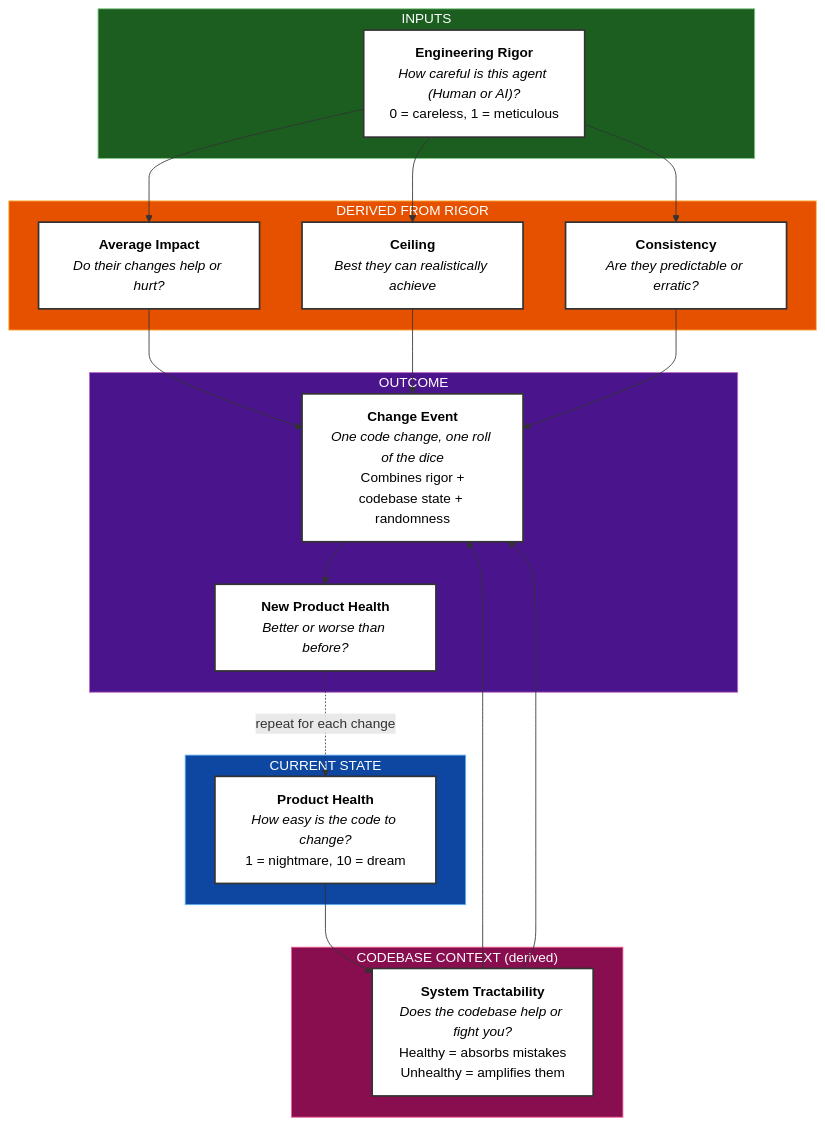
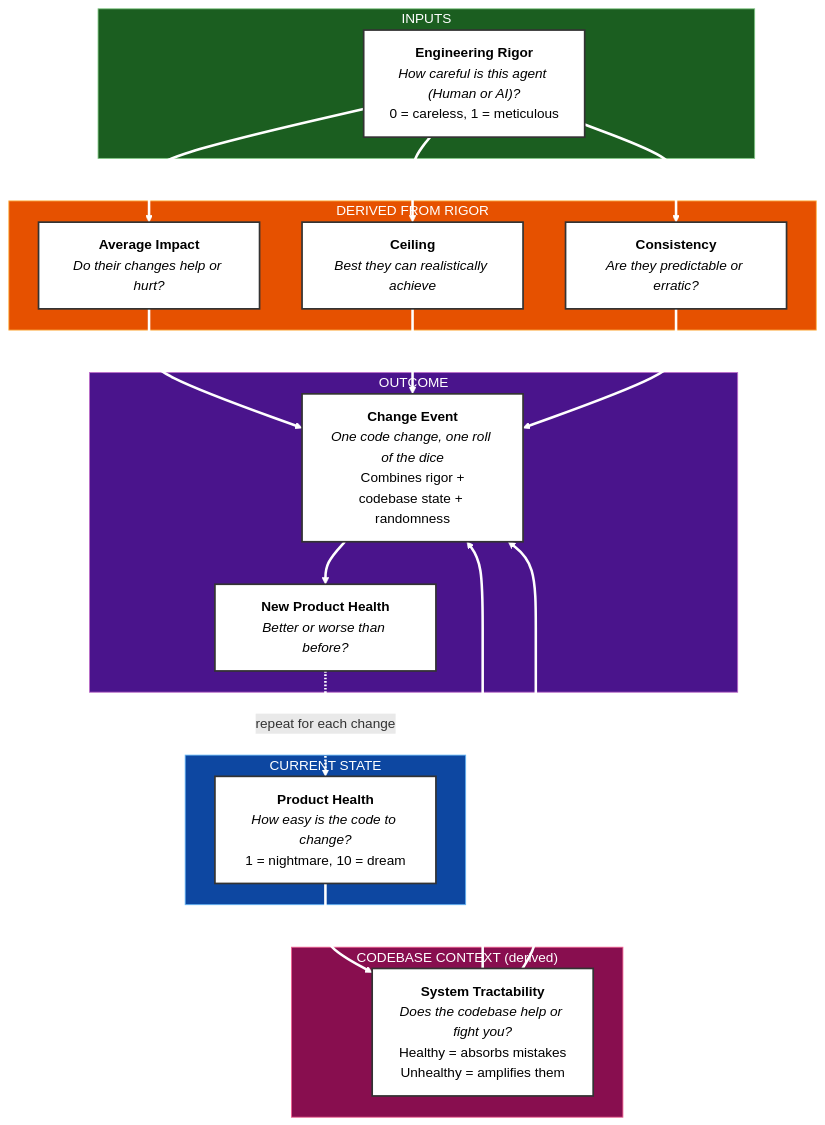
One commit to dawid-dahl-umain/product-health-dynamics changed the diagram in model.mermaid. Above: the diagram before and after it, drawn with Mermaid.

Commit message:
docs: enhance mermaid diagram styling for improved visibility of arrows

```diff
--- a/model.mermaid
+++ b/model.mermaid
@@ -1,41 +1,44 @@
 flowchart TD
     subgraph inputs ["INPUTS"]
         ER["<b>Engineering Rigor</b><br/><i>How careful is this agent (Human or AI)?</i><br/>0 = careless, 1 = meticulous"]
     end
 
     subgraph state ["CURRENT STATE"]
         PH["<b>Product Health</b><br/><i>How easy is the code to change?</i><br/>1 = nightmare, 10 = dream"]
     end
 
     subgraph traits ["DERIVED FROM RIGOR"]
         BI["<b>Average Impact</b><br/><i>Do their changes help or hurt?</i>"]
         BS["<b>Consistency</b><br/><i>Are they predictable or erratic?</i>"]
         MH["<b>Ceiling</b><br/><i>Best they can realistically achieve</i>"]
     end
 
     subgraph context ["CODEBASE CONTEXT (derived)"]
         SS["<b>System Tractability</b><br/><i>Does the codebase help or fight you?</i><br/>Healthy = absorbs mistakes<br/>Unhealthy = amplifies them"]
     end
 
     subgraph outcome ["OUTCOME"]
         CE["<b>Change Event</b><br/><i>One code change, one roll of the dice</i><br/>Combines rigor +<br/>codebase state + randomness"]
         NPH["<b>New Product Health</b><br/><i>Better or worse than before?</i>"]
     end
 
     ER --> BI & BS & MH
     PH --> SS
     BI & SS & MH --> CE
     BS & SS --> CE
     CE --> NPH
     NPH -.->|"repeat for each change"| PH
 
     %% Darker backgrounds for better contrast with white text
     style inputs fill:#1b5e20,stroke:#81c784,color:#fff
     style state fill:#0d47a1,stroke:#64b5f6,color:#fff
     style traits fill:#e65100,stroke:#ffb74d,color:#fff
     style context fill:#880e4f,stroke:#f06292,color:#fff
     style outcome fill:#4a148c,stroke:#ba68c8,color:#fff
 
     %% Explicitly style nodes for clarity
     classDef nodeStyle fill:#fff,stroke:#333,color:#000,stroke-width:2px
     class ER,PH,BI,BS,MH,SS,CE,NPH nodeStyle
+
+    %% Make arrows visible with high contrast
+    linkStyle default stroke:#fff,stroke-width:3px
```
